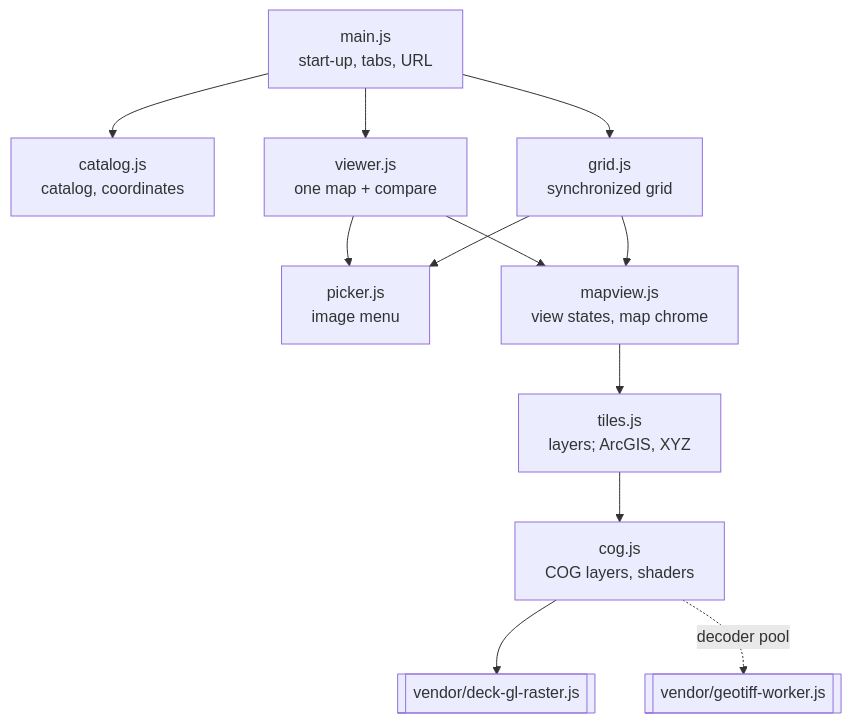
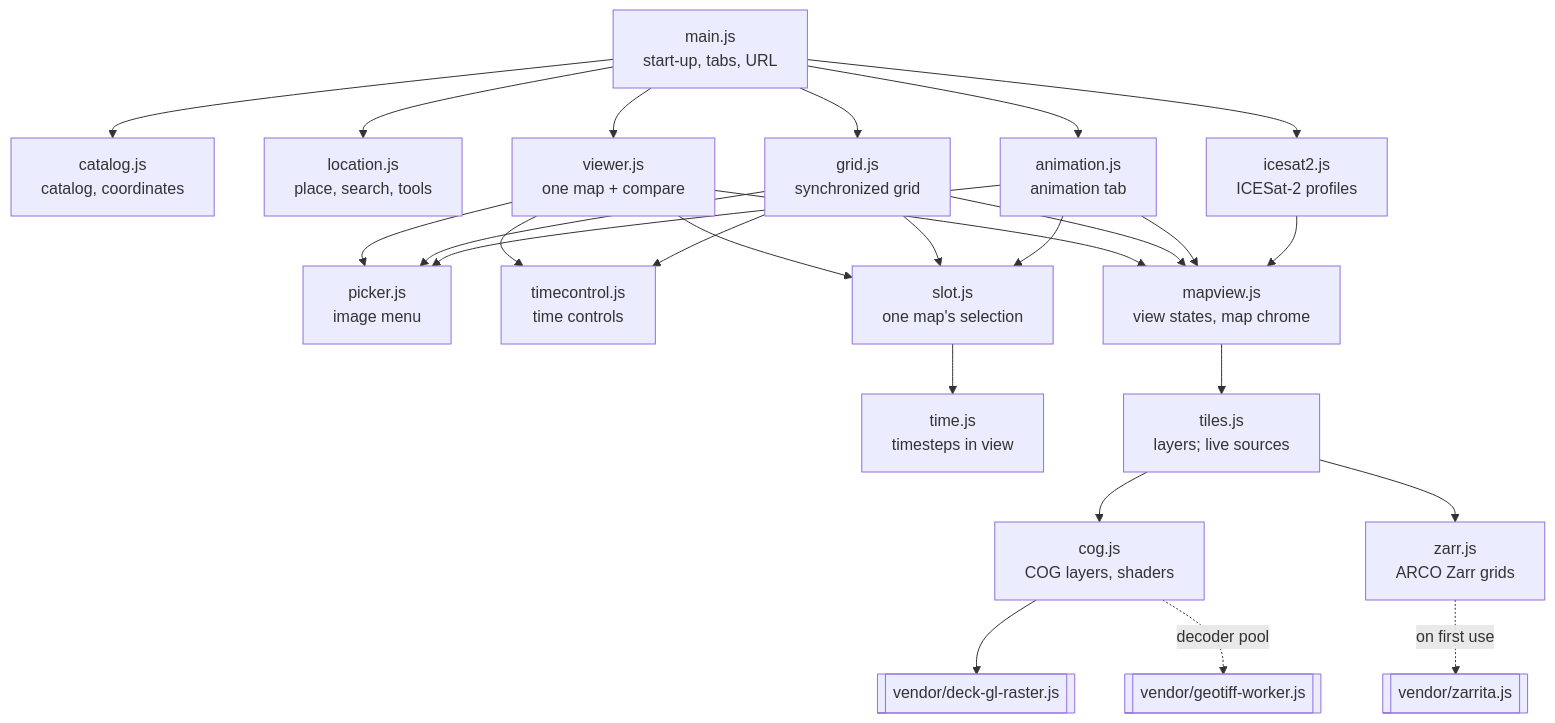
One commit to YCGS-lab/multi-resolution-new-haven changed the first of 3 diagrams in docs/website/index.md. Above: the diagram before and after it, drawn with Mermaid. The commit also changed other lines of this file and 16 other files, not shown here.

First line of the commit message:
Docs (map viewer): Bowerbird modules, live sources, failed tiles, 0.6-0.8

````diff
--- a/docs/website/index.md
+++ b/docs/website/index.md
@@ -12,17 +14,28 @@
 ```mermaid
 flowchart TD
   main["main.js<br/>start-up, tabs, URL"]
   catalog["catalog.js<br/>catalog, coordinates"]
+  location["location.js<br/>place, search, tools"]
   viewer["viewer.js<br/>one map + compare"]
   grid["grid.js<br/>synchronized grid"]
+  animation["animation.js<br/>animation tab"]
+  icesat2["icesat2.js<br/>ICESat-2 profiles"]
   picker["picker.js<br/>image menu"]
+  tc["timecontrol.js<br/>time controls"]
+  slot["slot.js<br/>one map's selection"]
+  time["time.js<br/>timesteps in view"]
   mapview["mapview.js<br/>view states, map chrome"]
-  tiles["tiles.js<br/>layers; ArcGIS, XYZ"]
+  tiles["tiles.js<br/>layers; live sources"]
   cog["cog.js<br/>COG layers, shaders"]
+  zarr["zarr.js<br/>ARCO Zarr grids"]
   vendor[["vendor/deck-gl-raster.js"]]
   worker[["vendor/geotiff-worker.js"]]
-  main --> catalog & viewer & grid
-  viewer & grid --> picker
-  viewer & grid --> mapview --> tiles --> cog --> vendor
+  zarrita[["vendor/zarrita.js"]]
+  main --> catalog & location & viewer & grid & animation & icesat2
+  viewer & grid & animation --> picker & slot
+  viewer & grid --> tc
+  slot --> time
+  viewer & grid & animation & icesat2 --> mapview --> tiles --> cog --> vendor
+  tiles --> zarr -.->|"on first use"| zarrita
   cog -.->|"decoder pool"| worker
 ```
````
